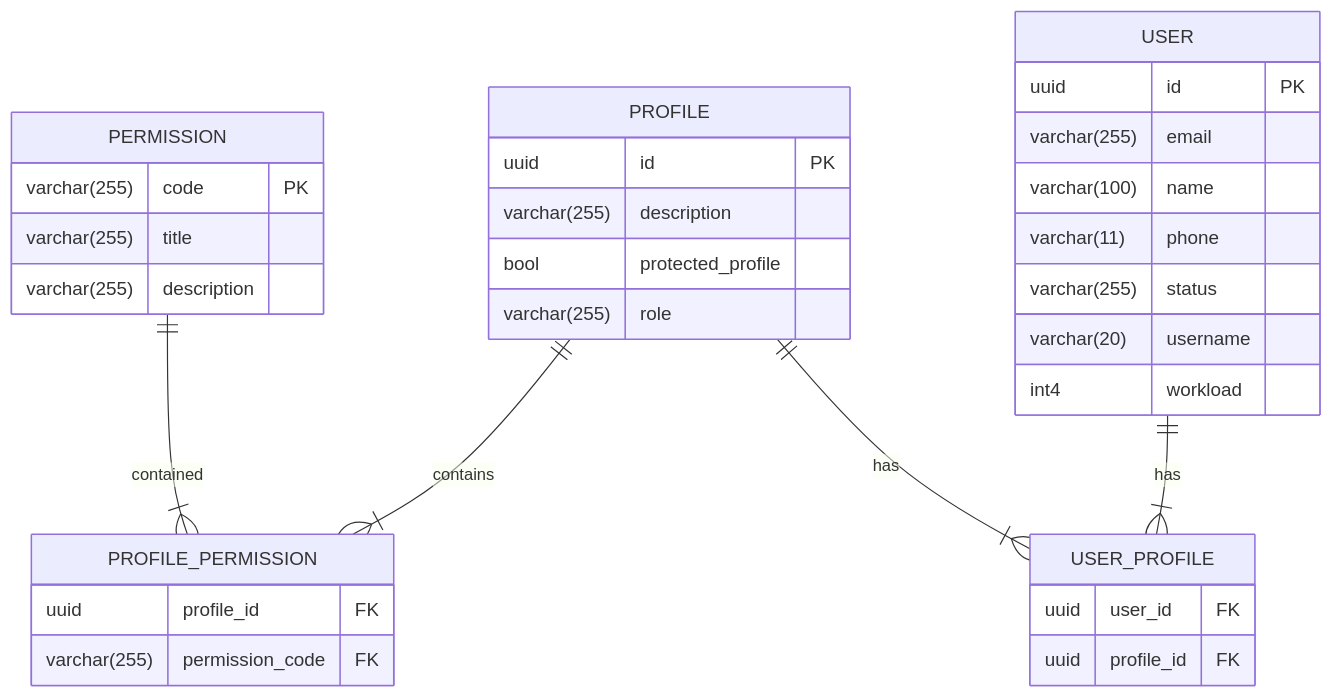
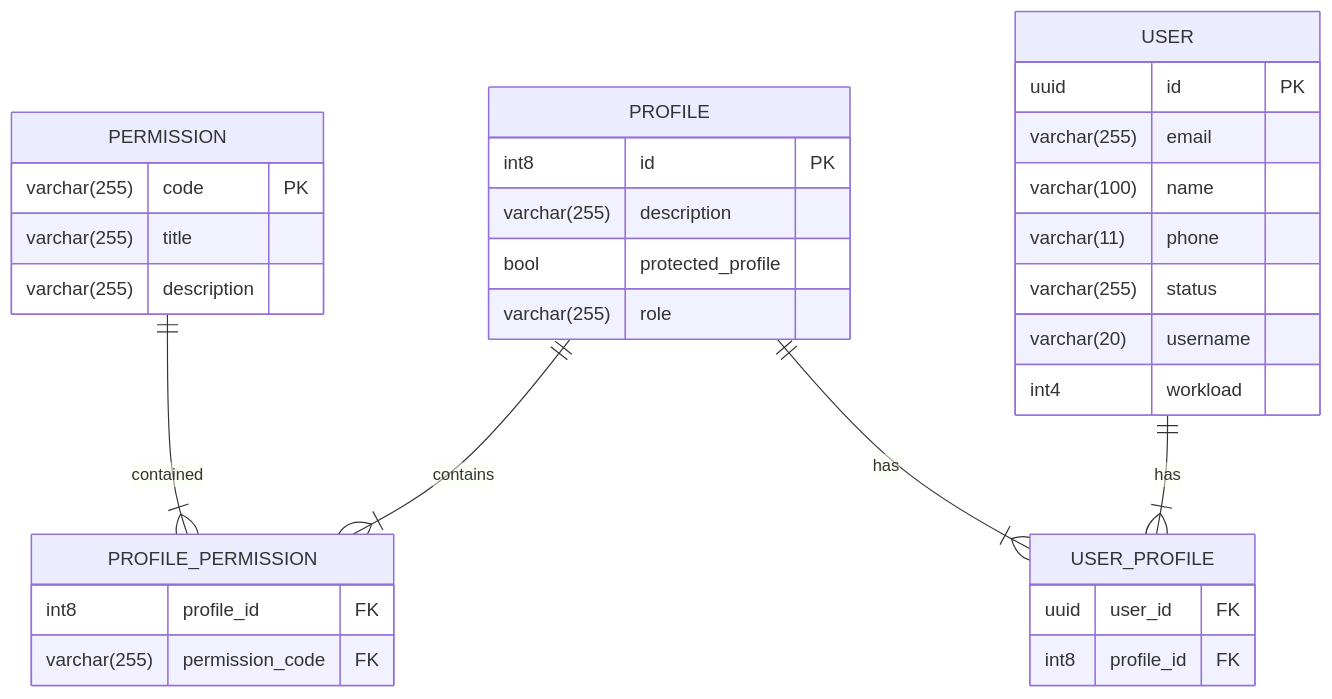
The second of 2 diagrams in README.md (Hafyki/SOCC-fullstack), drawn with Mermaid before and after one commit. The commit also changed other lines of this file, not shown here.

````diff
--- a/README.md
+++ b/README.md
@@ -74,40 +74,40 @@
 ```mermaid
 erDiagram
     PERMISSION {
         varchar(255) code PK
         varchar(255) title
         varchar(255) description
     }
 
     PROFILE_PERMISSION {
-        uuid profile_id FK
+        int8 profile_id FK
         varchar(255) permission_code FK
     }
 
     PROFILE {
-        uuid id PK
+        int8 id PK
         varchar(255) description
         bool protected_profile
         varchar(255) role
     }
 
     USER_PROFILE {
         uuid user_id FK
-        uuid profile_id FK
+        int8 profile_id FK
     }
 
     USER {
         uuid id PK
         varchar(255) email
         varchar(100) name
         varchar(11) phone
         varchar(255) status
         varchar(20) username
         int4 workload
     }
 
     PERMISSION ||--|{ PROFILE_PERMISSION : contained
     PROFILE ||--|{ PROFILE_PERMISSION : contains
     PROFILE ||--|{ USER_PROFILE : has
     USER ||--|{ USER_PROFILE : has
 ```
````
